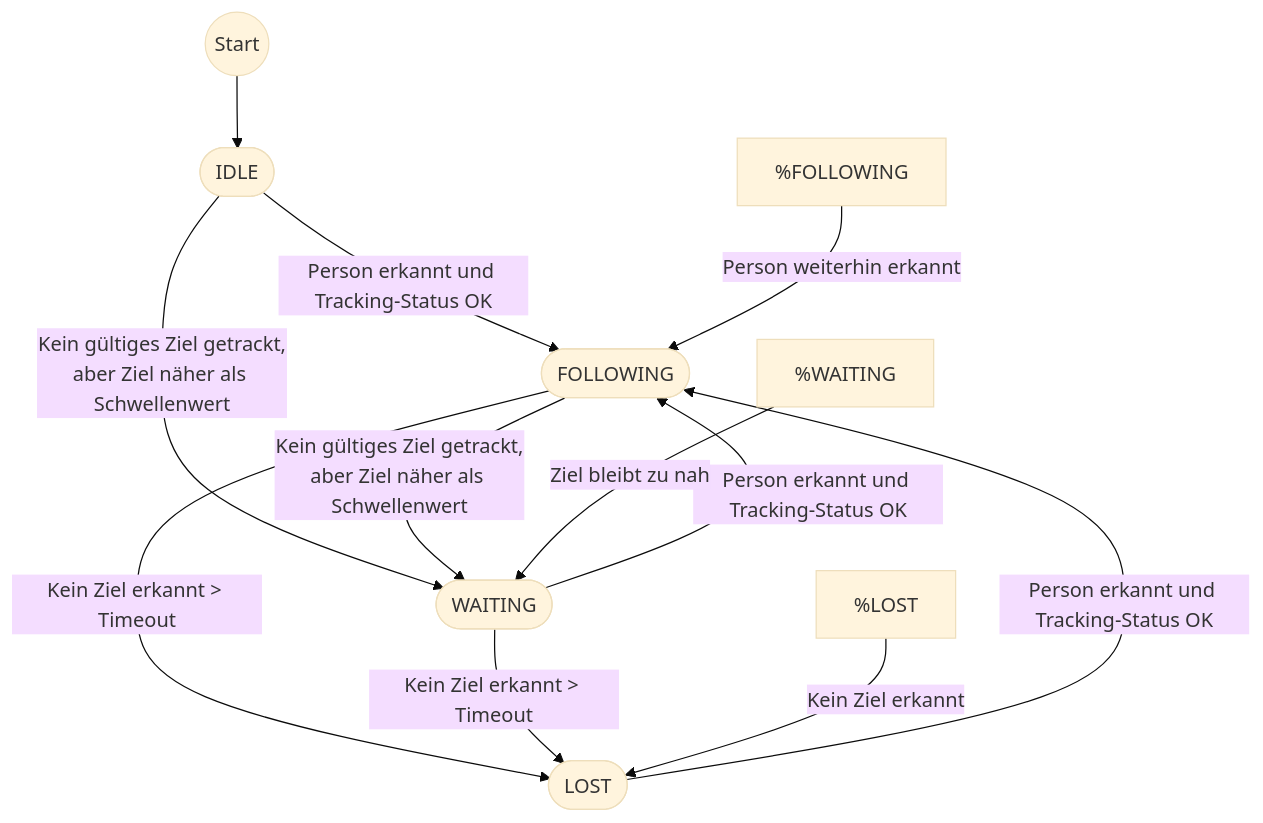
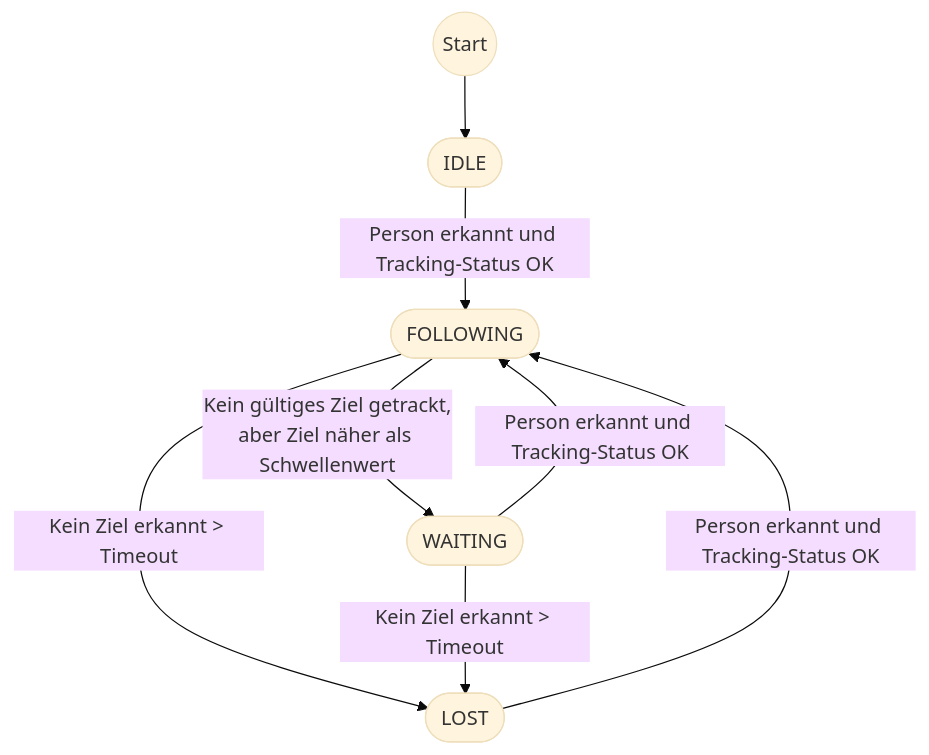
Before and after one commit to RenhongLiu/iodraw-files: the diagram in all/未命名-3.md, drawn with Mermaid (base theme).

Commit message:
2025-07-26 20:40:06 update

````diff
--- a/all/未命名-3.md
+++ b/all/未命名-3.md
@@ -1,30 +1,29 @@
 ```mermaid
 flowchart TD
     IDLE([IDLE])
     FOLLOWING([FOLLOWING])
     WAITING([WAITING])
     LOST([LOST])
 
     %% 系统启动，初始为IDLE
     START((Start)) --> IDLE
 
     %% 检测到有效目标
     IDLE -- "Person erkannt und Tracking-Status OK" --> FOLLOWING
     WAITING -- "Person erkannt und Tracking-Status OK" --> FOLLOWING
     LOST -- "Person erkannt und Tracking-Status OK" --> FOLLOWING
 
     %% 未能有效跟踪目标，但有目标很近
-    IDLE -- "Kein gültiges Ziel getrackt,\naber Ziel näher als Schwellenwert" --> WAITING
     FOLLOWING -- "Kein gültiges Ziel getrackt,\naber Ziel näher als Schwellenwert" --> WAITING
 
     %% 目标丢失（长时间未检测到目标）
     FOLLOWING -- "Kein Ziel erkannt > Timeout" --> LOST
     WAITING -- "Kein Ziel erkannt > Timeout" --> LOST
 
 
     %% 保持当前状态的情况（可选，不画也行）
-    %FOLLOWING -- "Person weiterhin erkannt" --> FOLLOWING
-    %WAITING -- "Ziel bleibt zu nah" --> WAITING
-    %LOST -- "Kein Ziel erkannt" --> LOST
+    %% FOLLOWING -- "Person weiterhin erkannt" --> FOLLOWING
+    %% WAITING -- "Ziel bleibt zu nah" --> WAITING
+    %% LOST -- "Kein Ziel erkannt" --> LOST
 
 ```
````
